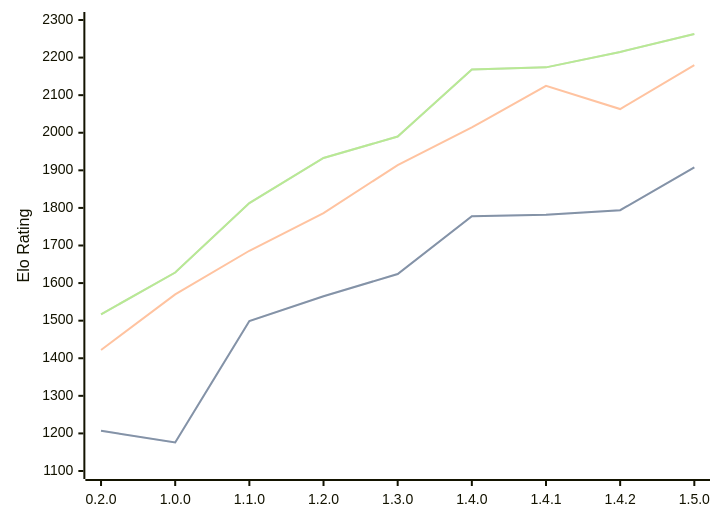
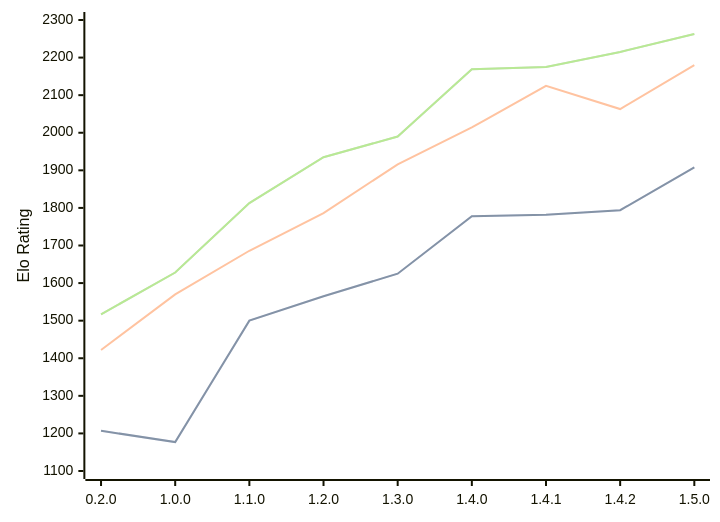
The diagram in engines/Zeppelin.md (computer-chess-index/cci), drawn with Mermaid before and after one commit. The commit also changed other lines of this file, not shown here.

Commit message:
Update CCI Ratings (ELO VLTC) - 2026-09-06

````diff
--- a/engines/Zeppelin.md
+++ b/engines/Zeppelin.md
@@ -39,11 +39,11 @@
 ```mermaid
 %%{init: {"theme":"base","themeVariables":{"seriesColors:['#a3a3a3','#222221','#faa371']}}}%%
 xychart-beta
   x-axis ["0.2.0", "1.0.0", "1.1.0", "1.2.0", "1.3.0", "1.4.0", "1.4.1", "1.4.2", "1.5.0"]
   y-axis "Elo Rating" 1100 --> 2300
-  line "" [1207, 1176, 1499, 1565, 1624, 1778, 1782, 1794, 1908]
-  line "STC (8.0+0.08s)" [1207, 1176, 1499, 1565, 1624, 1778, 1782, 1794, 1908]
-  line "LTC (60.0+0.60s)" [1422, 1570, 1686, 1786, 1914, 2014, 2125, 2063, 2180]
-  line "" [1517, 1628, 1813, 1933, 1990, 2168, 2174, 2215, 2263]
-  line "VLTC (2m24s+1.12s)" [1517, 1628, 1813, 1933, 1990, 2168, 2174, 2215, 2263]
+  line "" [1207, 1177, 1500, 1565, 1625, 1778, 1782, 1794, 1908]
+  line "STC (8.0+0.08s)" [1207, 1177, 1500, 1565, 1625, 1778, 1782, 1794, 1908]
+  line "LTC (60.0+0.60s)" [1422, 1570, 1686, 1786, 1916, 2014, 2125, 2063, 2180]
+  line "" [1517, 1628, 1813, 1935, 1990, 2169, 2175, 2215, 2263]
+  line "VLTC (2m24s+1.12s)" [1517, 1628, 1813, 1935, 1990, 2169, 2175, 2215, 2263]
 ```
````
